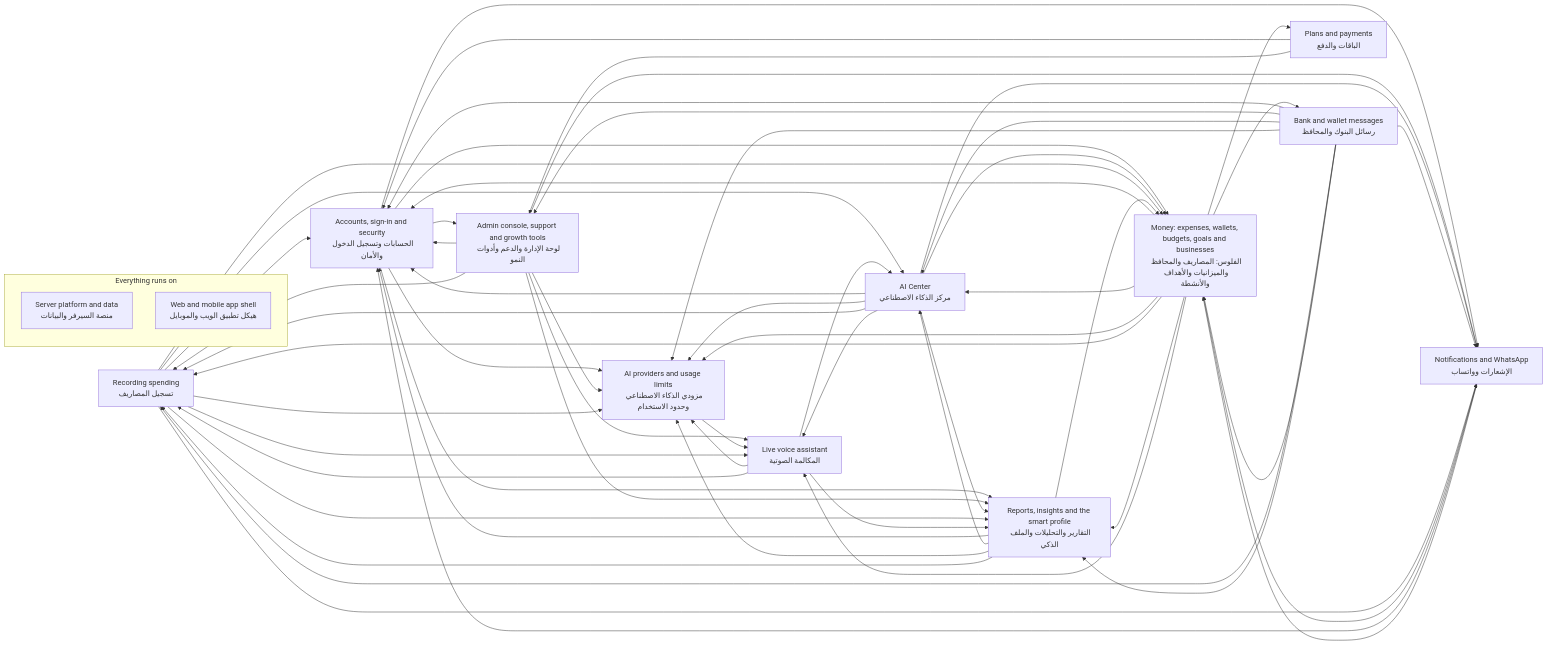
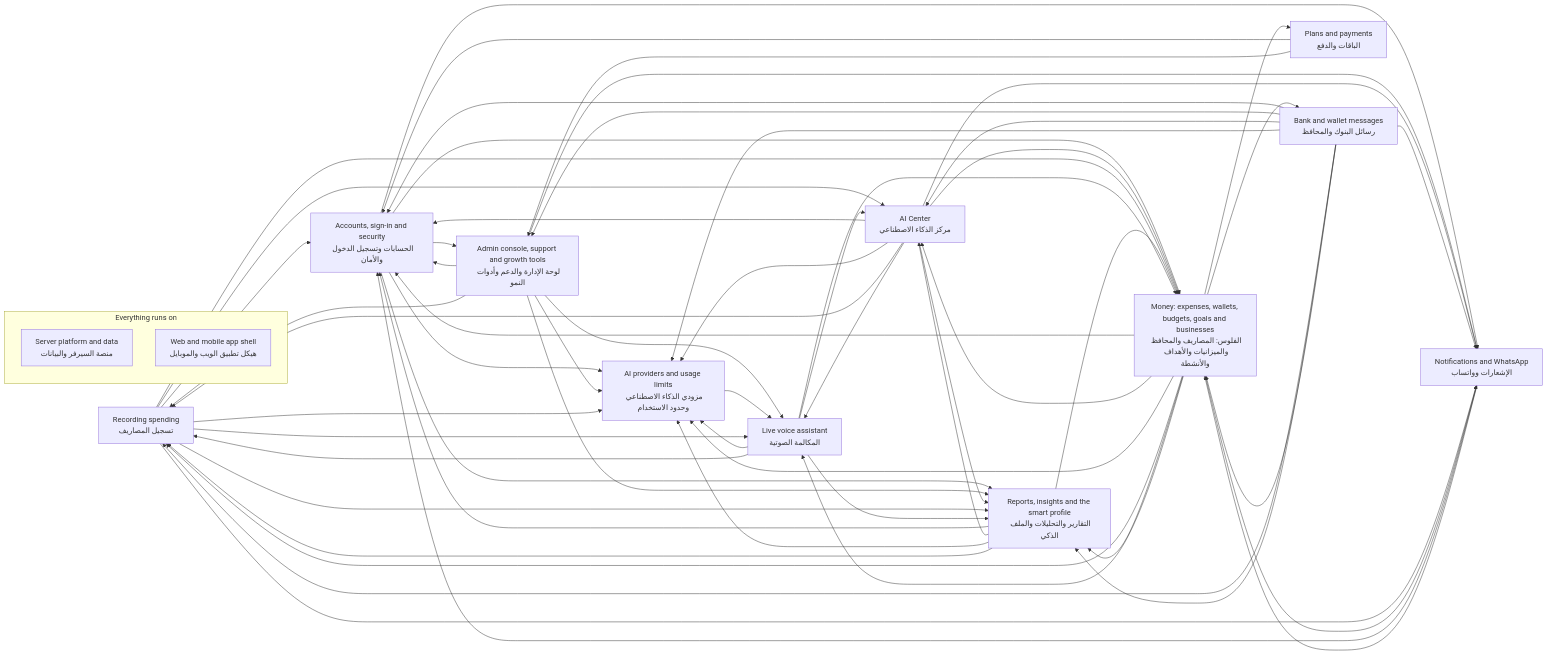
One commit to mahmoudtaherr111/smartspend_mini_all changed the diagram in docs/atlas/systems/README.md. Above: the diagram before and after it, drawn with Mermaid. The commit also changed other lines of this file and 42 other files, not shown here.

````diff
--- a/docs/atlas/systems/README.md
+++ b/docs/atlas/systems/README.md
@@ -15,74 +15,75 @@
 ```mermaid
 flowchart LR
   sys_expense_capture["Recording spending<br/>تسجيل المصاريف"]
   sys_bank_messages["Bank and wallet messages<br/>رسائل البنوك والمحافظ"]
   sys_voice_calls["Live voice assistant<br/>المكالمة الصوتية"]
   sys_ai_center["AI Center<br/>مركز الذكاء الاصطناعي"]
   sys_insights["Reports, insights and the smart profile<br/>التقارير والتحليلات والملف الذكي"]
   sys_money["Money: expenses, wallets, budgets, goals and businesses<br/>الفلوس: المصاريف والمحافظ والميزانيات والأهداف والأنشطة"]
   sys_accounts["Accounts, sign-in and security<br/>الحسابات وتسجيل الدخول والأمان"]
   sys_billing["Plans and payments<br/>الباقات والدفع"]
   sys_notifications["Notifications and WhatsApp<br/>الإشعارات وواتساب"]
   sys_admin["Admin console, support and growth tools<br/>لوحة الإدارة والدعم وأدوات النمو"]
   sys_ai_platform["AI providers and usage limits<br/>مزودي الذكاء الاصطناعي وحدود الاستخدام"]
   subgraph g_foundation["Everything runs on"]
     sys_platform["Server platform and data<br/>منصة السيرفر والبيانات"]
     sys_web_app["Web and mobile app shell<br/>هيكل تطبيق الويب والموبايل"]
   end
   sys_accounts --> sys_admin
   sys_accounts --> sys_ai_platform
   sys_accounts --> sys_insights
   sys_accounts --> sys_money
   sys_accounts --> sys_notifications
   sys_admin --> sys_accounts
   sys_admin --> sys_ai_platform
   sys_admin --> sys_expense_capture
   sys_admin --> sys_insights
   sys_admin --> sys_notifications
   sys_admin --> sys_voice_calls
   sys_ai_center --> sys_accounts
   sys_ai_center --> sys_ai_platform
   sys_ai_center --> sys_expense_capture
   sys_ai_center --> sys_insights
   sys_ai_center --> sys_money
   sys_ai_center --> sys_notifications
   sys_ai_center --> sys_voice_calls
   sys_ai_platform --> sys_voice_calls
   sys_bank_messages --> sys_accounts
   sys_bank_messages --> sys_admin
   sys_bank_messages --> sys_ai_center
   sys_bank_messages --> sys_ai_platform
   sys_bank_messages --> sys_expense_capture
   sys_bank_messages --> sys_insights
   sys_bank_messages --> sys_money
   sys_bank_messages --> sys_notifications
   sys_billing --> sys_accounts
   sys_billing --> sys_admin
   sys_expense_capture --> sys_accounts
   sys_expense_capture --> sys_ai_center
   sys_expense_capture --> sys_ai_platform
   sys_expense_capture --> sys_insights
   sys_expense_capture --> sys_money
   sys_expense_capture --> sys_notifications
   sys_expense_capture --> sys_voice_calls
   sys_insights --> sys_accounts
   sys_insights --> sys_ai_center
   sys_insights --> sys_ai_platform
   sys_insights --> sys_expense_capture
   sys_insights --> sys_money
   sys_money --> sys_accounts
   sys_money --> sys_ai_center
   sys_money --> sys_ai_platform
   sys_money --> sys_bank_messages
   sys_money --> sys_billing
   sys_money --> sys_expense_capture
   sys_money --> sys_insights
   sys_money --> sys_notifications
   sys_money --> sys_voice_calls
   sys_notifications --> sys_accounts
   sys_notifications --> sys_money
   sys_voice_calls --> sys_ai_center
   sys_voice_calls --> sys_ai_platform
   sys_voice_calls --> sys_expense_capture
   sys_voice_calls --> sys_insights
+  sys_voice_calls --> sys_money
 ```
````
